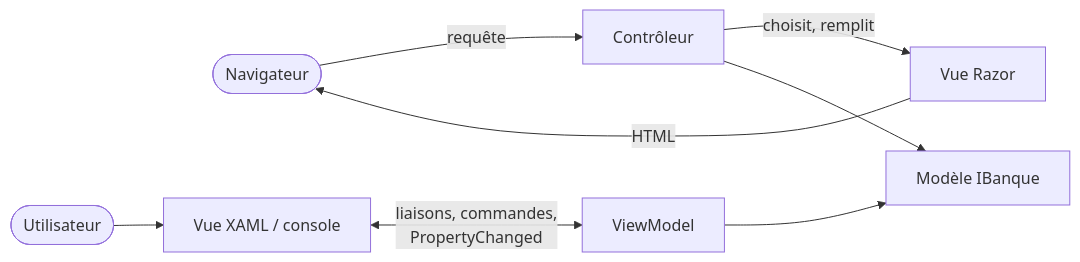
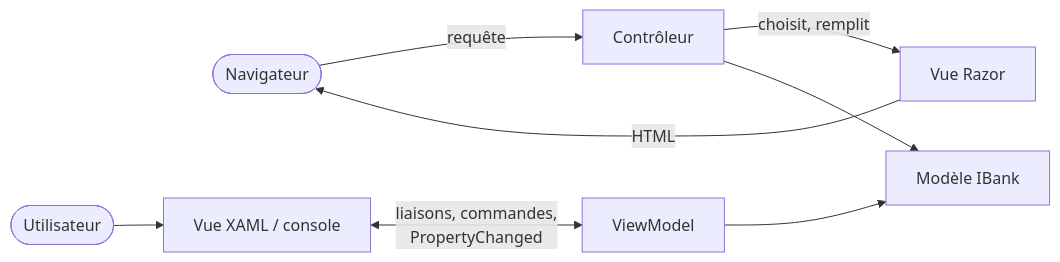
One commit to drangoht/ArchitecturesDemo changed the diagram in Docs/fiches/24-mvc-mvvm.md. Above: the diagram before and after it, drawn with Mermaid. The commit also changed 70 other files, not shown here.

Commit message:
Docs FR : identifiants, liens, diagrammes et sorties alignés sur le code anglais

````diff
--- a/Docs/fiches/24-mvc-mvvm.md
+++ b/Docs/fiches/24-mvc-mvvm.md
@@ -10,7 +10,7 @@
 ```mermaid
 flowchart LR
     N(["Navigateur"]) -->|requête| C["Contrôleur"] -->|"choisit, remplit"| V["Vue Razor"] -->|HTML| N
     U(["Utilisateur"]) --> W["Vue XAML / console"] <-->|"liaisons, commandes,<br/>PropertyChanged"| VM["ViewModel"]
-    C --> M["Modèle IBanque"]
+    C --> M["Modèle IBank"]
     VM --> M
 ```
````
